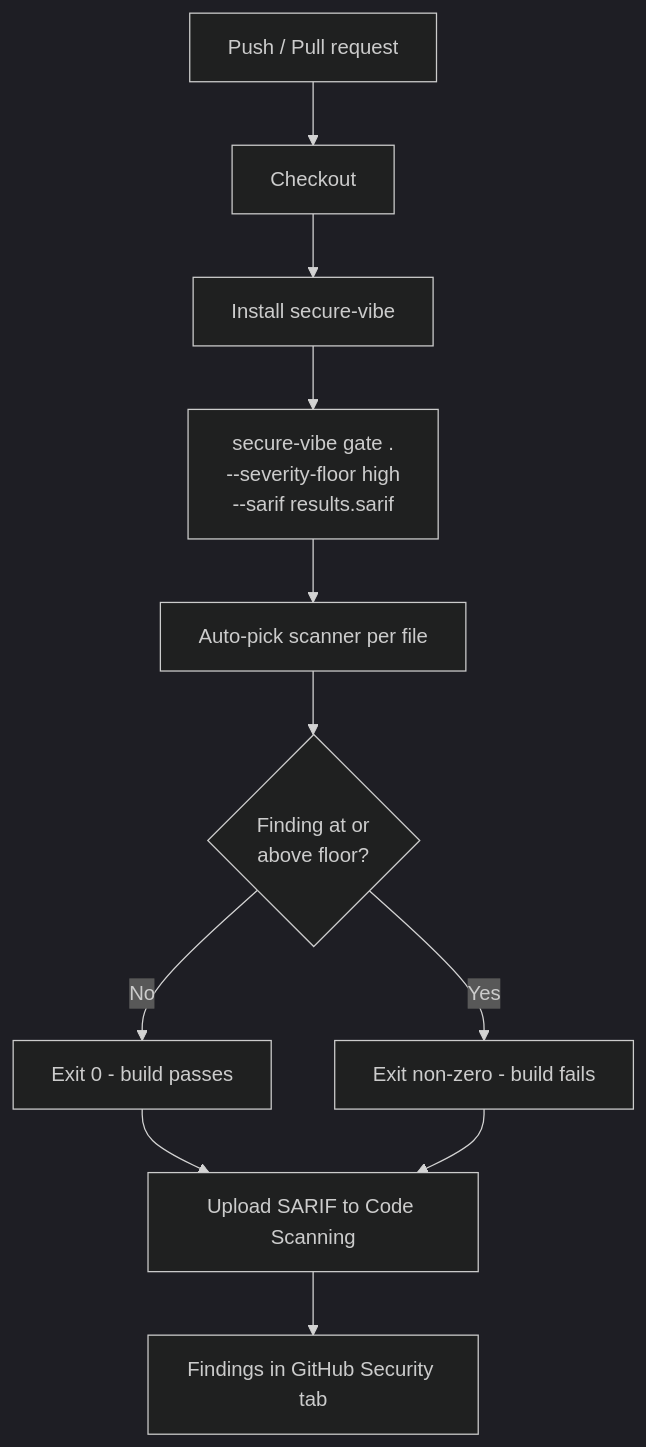
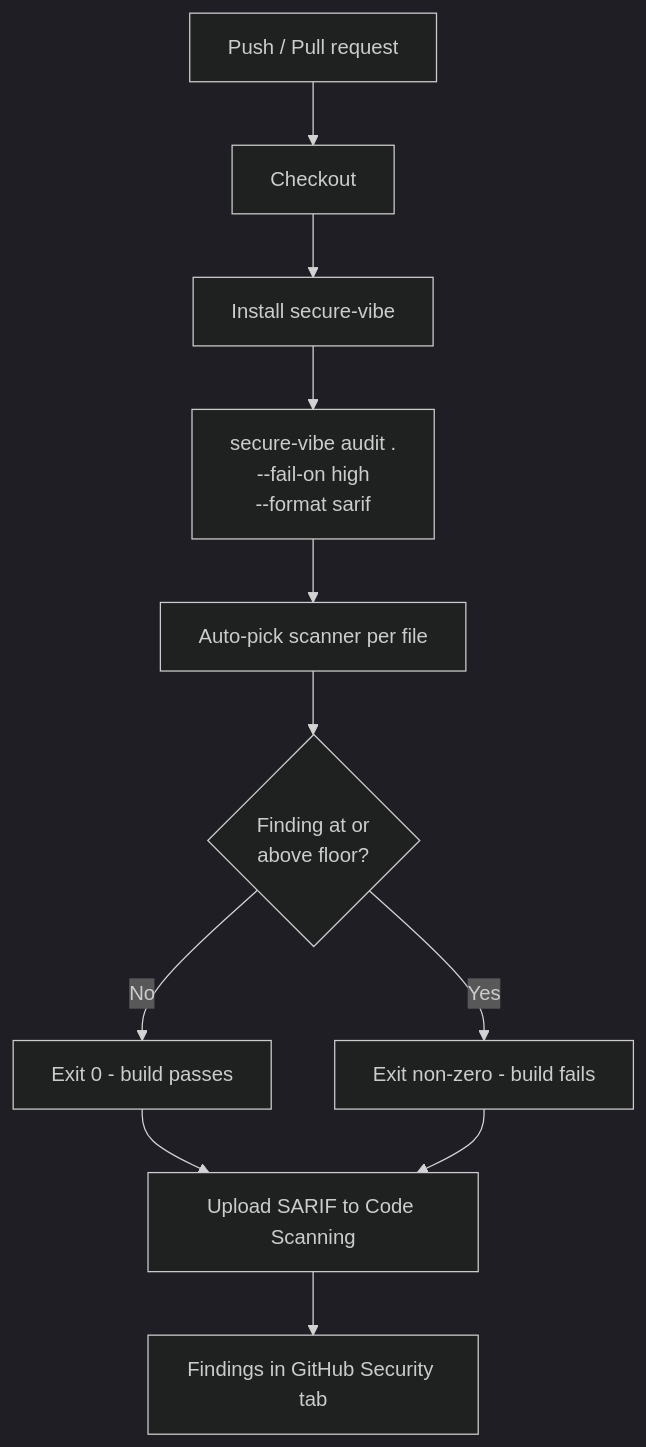
The first of 3 diagrams in docs/guides/devops.md (ShieldNet-360/secure-vibe), drawn with Mermaid (dark theme) before and after one commit. The commit also changed other lines of this file and 11 other files, not shown here.

First line of the commit message:
docs: sweep guides/concepts to the single audit command (scan/gate folded in)

````diff
--- a/docs/guides/devops.md
+++ b/docs/guides/devops.md
@@ -71,13 +71,13 @@
 ```mermaid
 flowchart TD
     A[Push / Pull request] --> B[Checkout]
     B --> C[Install secure-vibe]
-    C --> D["secure-vibe gate .<br/>--severity-floor high<br/>--sarif results.sarif"]
+    C --> D["secure-vibe audit .<br/>--fail-on high<br/>--format sarif"]
     D --> E[Auto-pick scanner per file]
     E --> F{Finding at or<br/>above floor?}
     F -- No --> G[Exit 0 - build passes]
     F -- Yes --> H[Exit non-zero - build fails]
     G --> I[Upload SARIF to Code Scanning]
     H --> I
     I --> J[Findings in GitHub Security tab]
 ```
````
